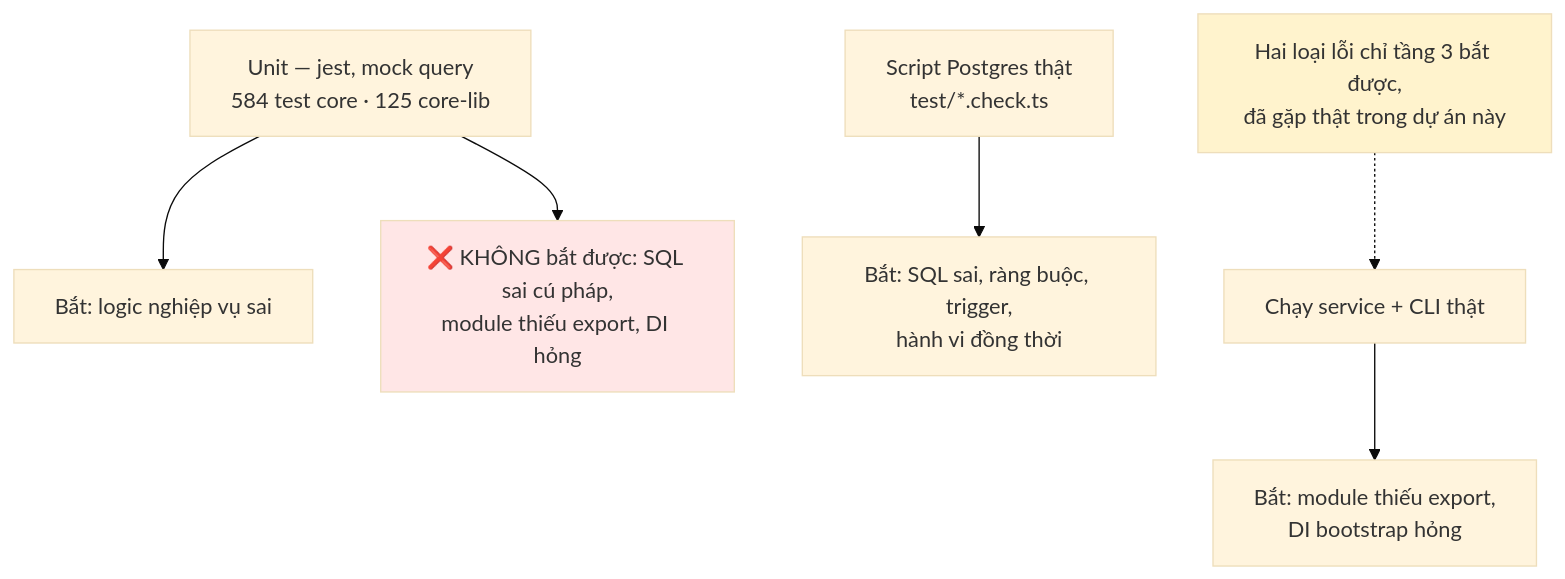
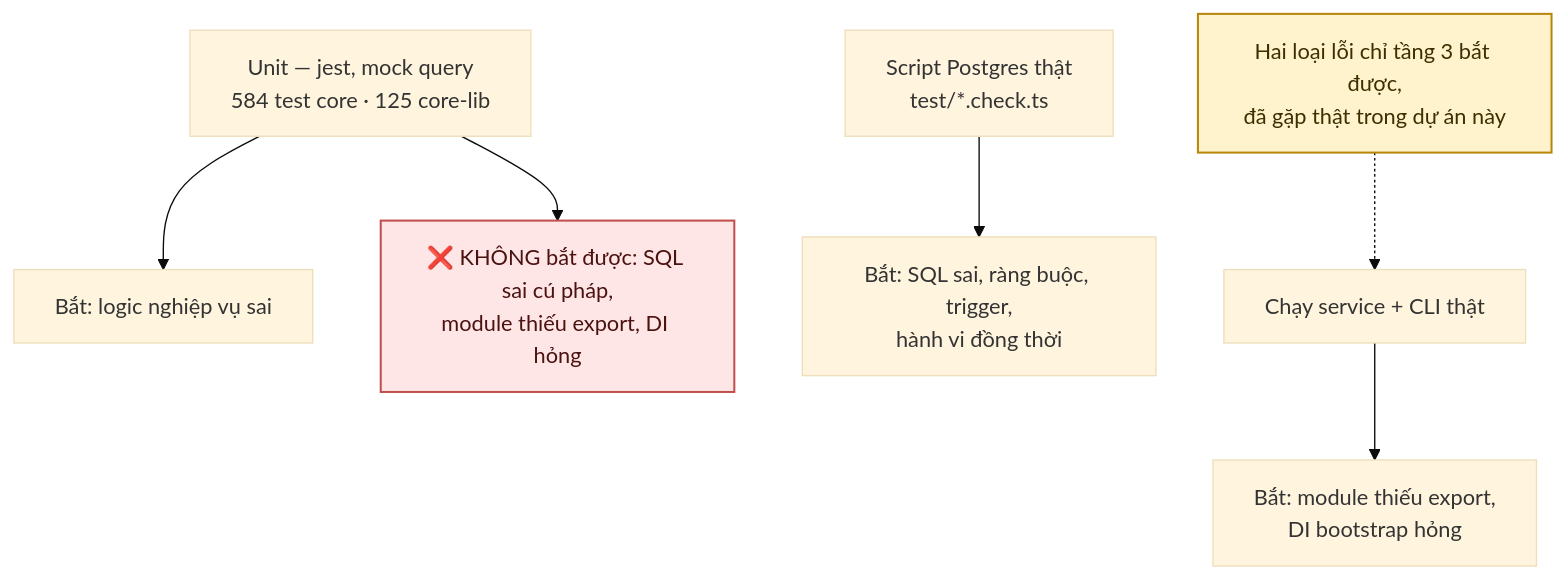
Before and after one commit to fdshn/trueheart: the sixth of 6 diagrams in docs/diagram/28-architecture.md, drawn with Mermaid (base theme). The commit also changed other lines of this file and 30 other files, not shown here.

First line of the commit message:
docs(diagram): chữ trong khối tô màu đọc được ở cả giao diện sáng và tối

````diff
--- a/docs/diagram/28-architecture.md
+++ b/docs/diagram/28-architecture.md
@@ -117,14 +117,14 @@
 ```mermaid
 flowchart TD
     A["Unit — jest, mock query<br/>584 test core · 125 core-lib"] --> A1["Bắt: logic nghiệp vụ sai"]
     A --> A2["❌ KHÔNG bắt được: SQL sai cú pháp,<br/>module thiếu export, DI hỏng"]
 
     B["Script Postgres thật<br/>test/*.check.ts"] --> B1["Bắt: SQL sai, ràng buộc, trigger,<br/>hành vi đồng thời"]
 
     C["Chạy service + CLI thật"] --> C1["Bắt: module thiếu export,<br/>DI bootstrap hỏng"]
 
     D["Hai loại lỗi chỉ tầng 3 bắt được,<br/>đã gặp thật trong dự án này"] -.-> C
 
-    style A2 fill:#ffe6e6
-    style D fill:#fff3cd
+    style A2 fill:#ffe6e6,stroke:#c0504d,stroke-width:1.5px,color:#4a1210
+    style D fill:#fff3cd,stroke:#b8860b,stroke-width:1.5px,color:#3d2f00
 ```
````
